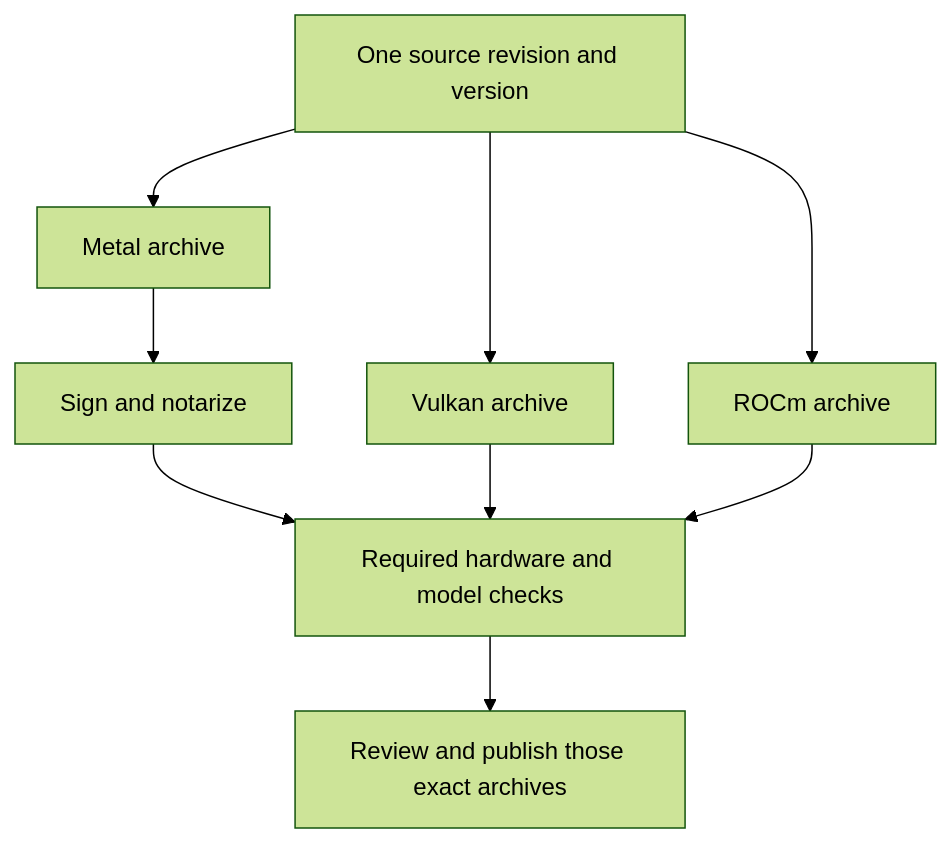
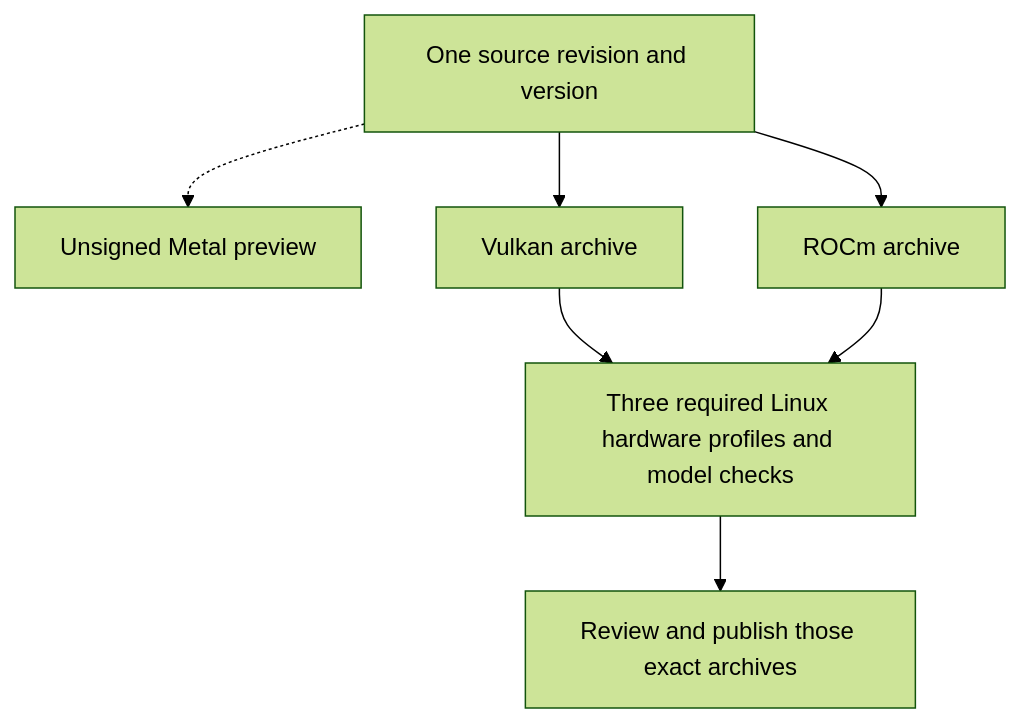
Before and after one commit to zolotukhin/zinc: the diagram in site/src/content/posts/2026-10-31-zinc-0-1-0-and-the-refrigerator-that-changed-our-tests.md, drawn with Mermaid (forest theme). The commit also changed other lines of this file and 19 other files, not shown here.

````diff
--- a/site/src/content/posts/2026-10-31-zinc-0-1-0-and-the-refrigerator-that-changed-our-tests.md
+++ b/site/src/content/posts/2026-10-31-zinc-0-1-0-and-the-refrigerator-that-changed-our-tests.md
@@ -108,11 +108,9 @@
 ```mermaid
 flowchart TD
-    S["One source revision and version"] --> M["Metal archive"]
+    S["One source revision and version"] -.-> M["Unsigned Metal preview"]
     S --> V["Vulkan archive"]
     S --> R["ROCm archive"]
-    M --> N["Sign and notarize"]
-    N --> Q["Required hardware and model checks"]
-    V --> Q
+    V --> Q["Three required Linux hardware profiles and model checks"]
     R --> Q
     Q --> P["Review and publish those exact archives"]
 ```
````
